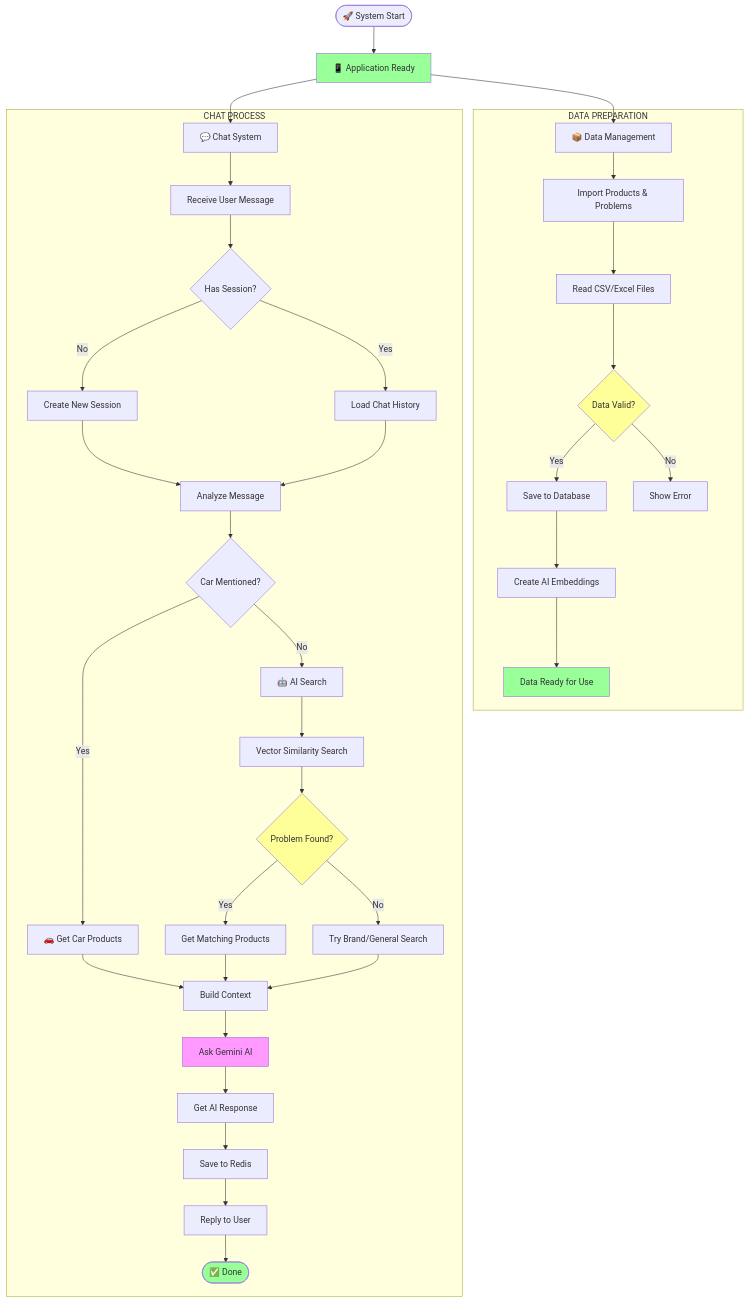
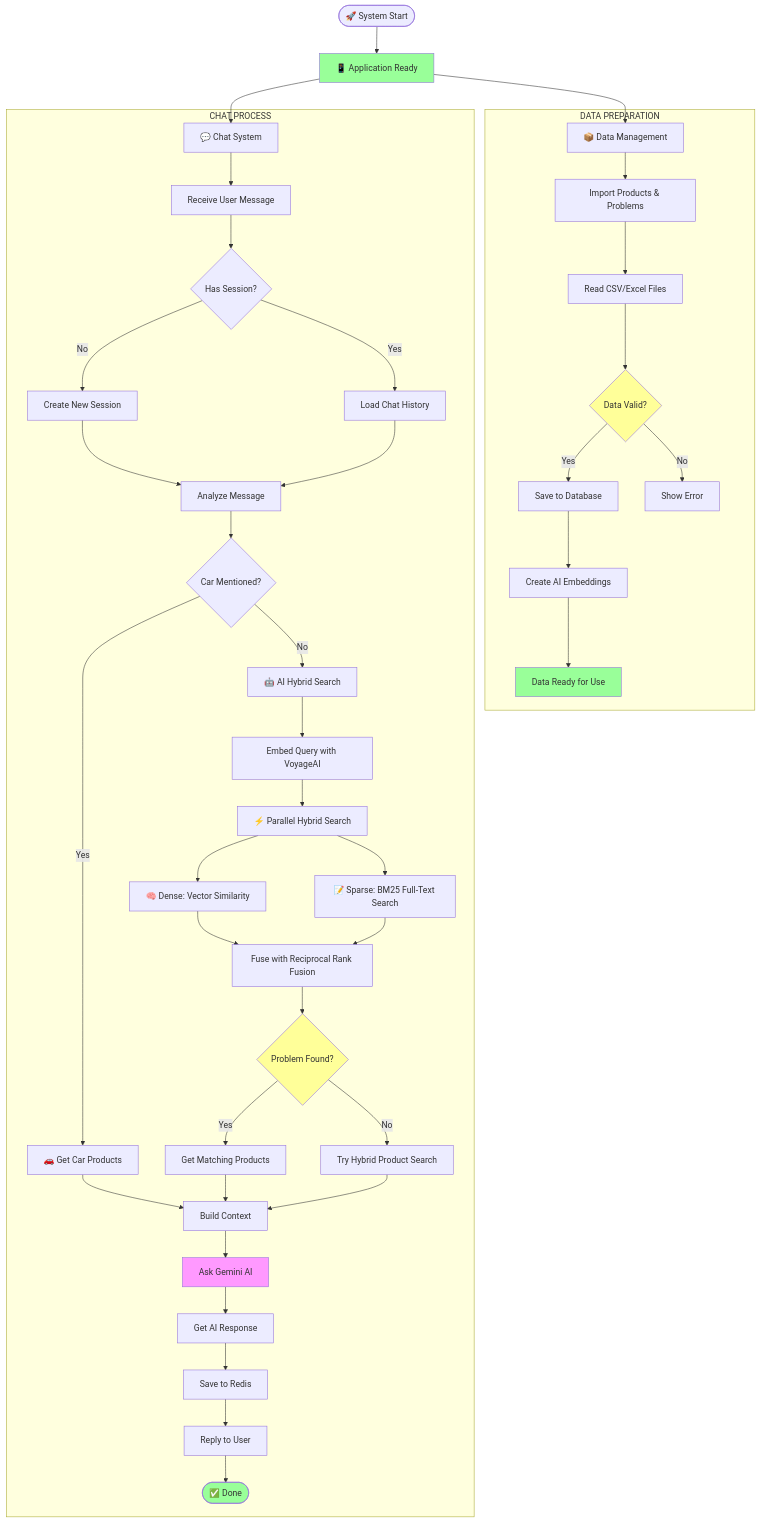
The first of 3 diagrams in FLOWCHART_SIMPLIFIED.md (StevenYoe/audio_match_api), drawn with Mermaid before and after one commit. The commit also changed other lines of this file and 6 other files, not shown here.

First line of the commit message:
feat: Implement hybrid search combining vector similarity and BM25 FTS

````diff
--- a/FLOWCHART_SIMPLIFIED.md
+++ b/FLOWCHART_SIMPLIFIED.md
@@ -14,51 +14,56 @@
 ```mermaid
 graph TB
     Start([🚀 System Start]) --> Init[📱 Application Ready]
     
     Init --> DataMgmt[📦 Data Management]
     Init --> ChatBot[💬 Chat System]
     
     subgraph DATA["DATA PREPARATION"]
         DataMgmt --> Import[Import Products & Problems]
         Import --> ParseCSV[Read CSV/Excel Files]
         ParseCSV --> Validate{Data Valid?}
         Validate -->|Yes| SaveDB[Save to Database]
         Validate -->|No| Error[Show Error]
         SaveDB --> Embed[Create AI Embeddings]
         Embed --> Ready[Data Ready for Use]
     end
     
     subgraph CHAT["CHAT PROCESS"]
         ChatBot --> Receive[Receive User Message]
         Receive --> CheckSession{Has Session?}
         CheckSession -->|No| NewSession[Create New Session]
         CheckSession -->|Yes| LoadSession[Load Chat History]
         NewSession --> Analyze[Analyze Message]
         LoadSession --> Analyze
         
         Analyze --> DetectCar{Car Mentioned?}
         DetectCar -->|Yes| CarPath[🚗 Get Car Products]
-        DetectCar -->|No| AIPath[🤖 AI Search]
-        
+        DetectCar -->|No| AIPath[🤖 AI Hybrid Search]
+
         CarPath --> BuildContext[Build Context]
-        AIPath --> VectorSearch[Vector Similarity Search]
-        VectorSearch --> FindProblem{Problem Found?}
+        AIPath --> EmbedQuery[Embed Query with VoyageAI]
+        EmbedQuery --> ParallelSearch[⚡ Parallel Hybrid Search]
+        ParallelSearch --> VectorSearch[🧠 Dense: Vector Similarity]
+        ParallelSearch --> BM25Search[📝 Sparse: BM25 Full-Text Search]
+        VectorSearch --> RRF[Fuse with Reciprocal Rank Fusion]
+        BM25Search --> RRF
+        RRF --> FindProblem{Problem Found?}
         FindProblem -->|Yes| GetProducts[Get Matching Products]
-        FindProblem -->|No| Fallback[Try Brand/General Search]
+        FindProblem -->|No| Fallback[Try Hybrid Product Search]
         GetProducts --> BuildContext
         Fallback --> BuildContext
         
         BuildContext --> AskAI[Ask Gemini AI]
         AskAI --> GetAnswer[Get AI Response]
         GetAnswer --> SaveSession[Save to Redis]
         SaveSession --> Reply[Reply to User]
         Reply --> End([✅ Done])
     end
     
     style Init fill:#9f9
     style Ready fill:#9f9
     style Validate fill:#ff9
     style FindProblem fill:#ff9
     style AskAI fill:#f9f
     style End fill:#9f9
 ```
````
